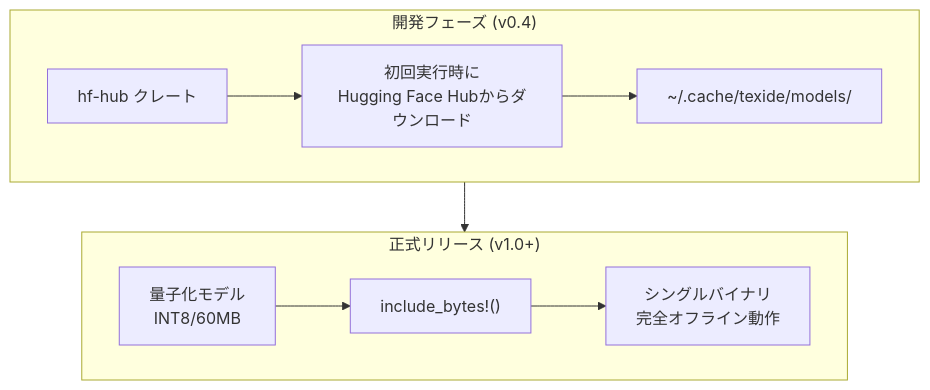
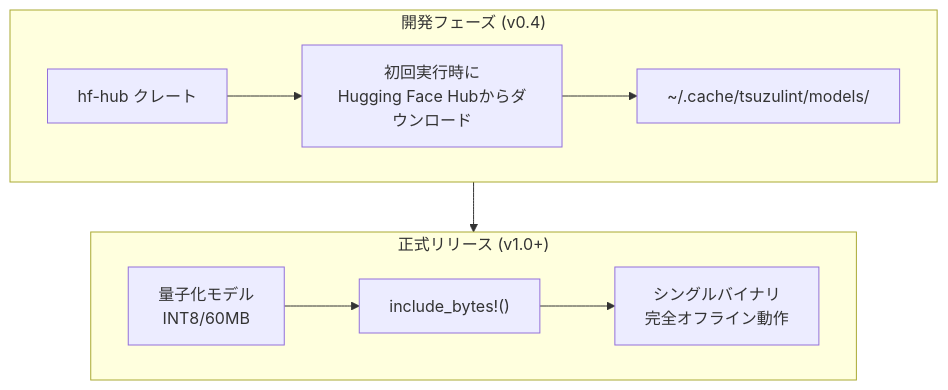
Before and after one commit to simorgh3196/tsuzulint: the third of 4 diagrams in docs/roadmap.md, drawn with Mermaid. The commit also changed other lines of this file and 148 other files, not shown here.

````diff
--- a/docs/roadmap.md
+++ b/docs/roadmap.md
@@ -529,14 +528,14 @@
 ```mermaid
 graph TB
     subgraph 開発フェーズ["開発フェーズ (v0.4)"]
         A[hf-hub クレート] --> B[初回実行時に<br/>Hugging Face Hubからダウンロード]
-        B --> C["~/.cache/texide/models/"]
+        B --> C["~/.cache/tsuzulint/models/"]
     end
 
     subgraph リリースフェーズ["正式リリース (v1.0+)"]
         D[量子化モデル<br/>INT8/60MB] --> E["include_bytes!()"]
         E --> F[シングルバイナリ<br/>完全オフライン動作]
     end
 
     開発フェーズ --> リリースフェーズ
 ```
````
